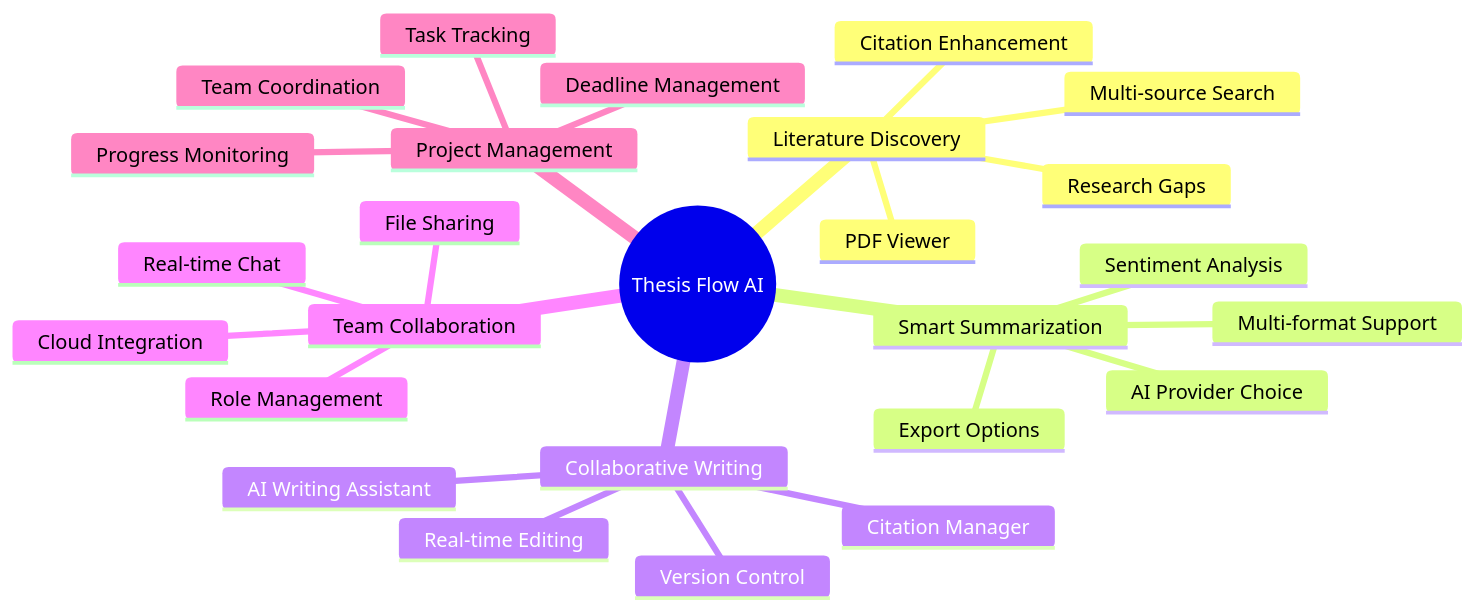
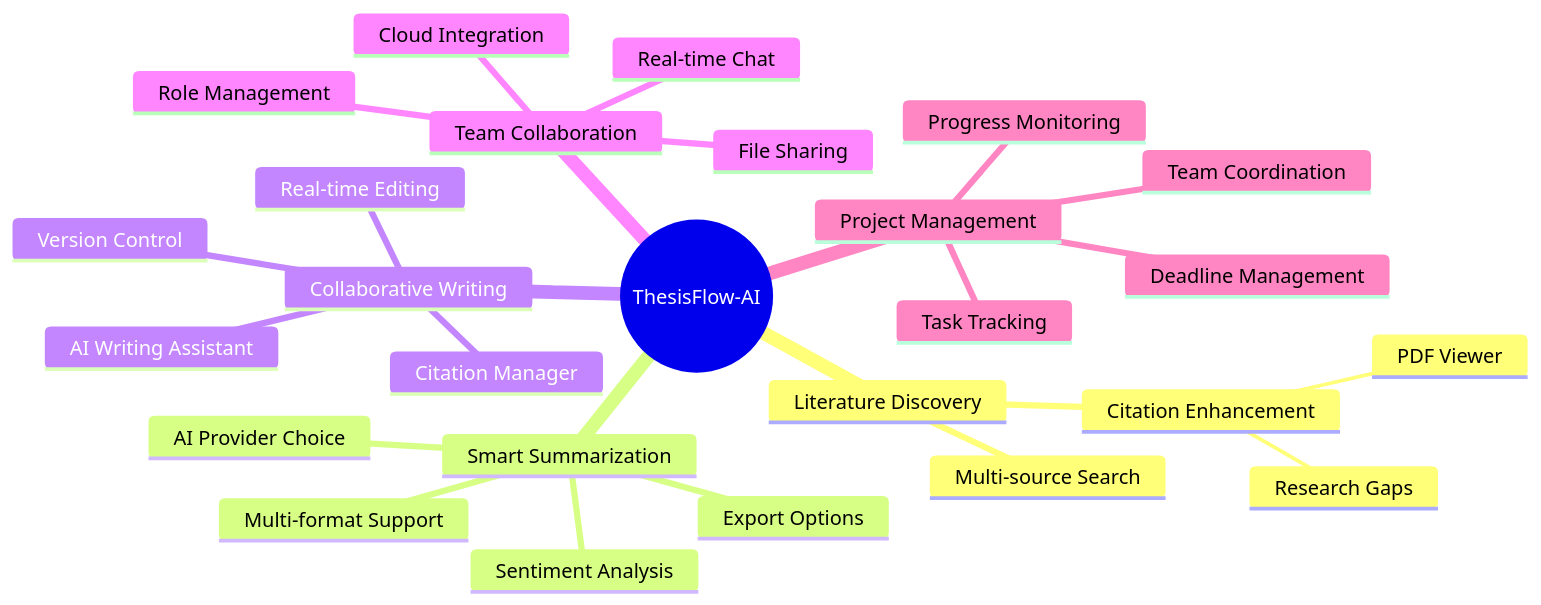
One commit to Kedhareswer/thesisflow-ai changed the first of 13 diagrams in README.md. Above: the diagram before and after it, drawn with Mermaid. The commit also changed other lines of this file and 21 other files, not shown here.

````diff
--- a/README.md
+++ b/README.md
@@ -21,29 +21,29 @@
 ```mermaid
 mindmap
-  root((Thesis Flow AI))
+  root((ThesisFlow-AI))
     Literature Discovery
       Multi-source Search
       Citation Enhancement
-      PDF Viewer
-      Research Gaps
+        PDF Viewer
+        Research Gaps
     Smart Summarization
       Multi-format Support
       AI Provider Choice
       Sentiment Analysis
       Export Options
     Collaborative Writing
       Real-time Editing
       Citation Manager
       AI Writing Assistant
       Version Control
     Team Collaboration
       Real-time Chat
       File Sharing
       Role Management
       Cloud Integration
     Project Management
       Task Tracking
       Progress Monitoring
       Team Coordination
       Deadline Management
 ```
````
